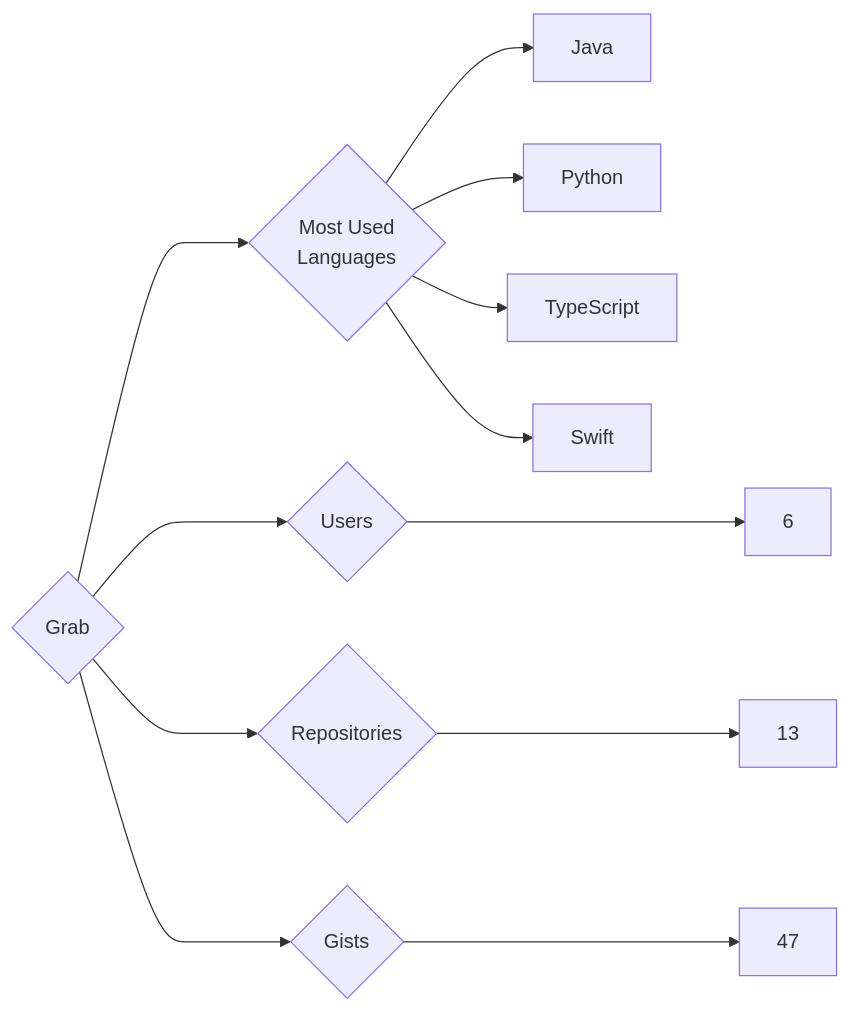
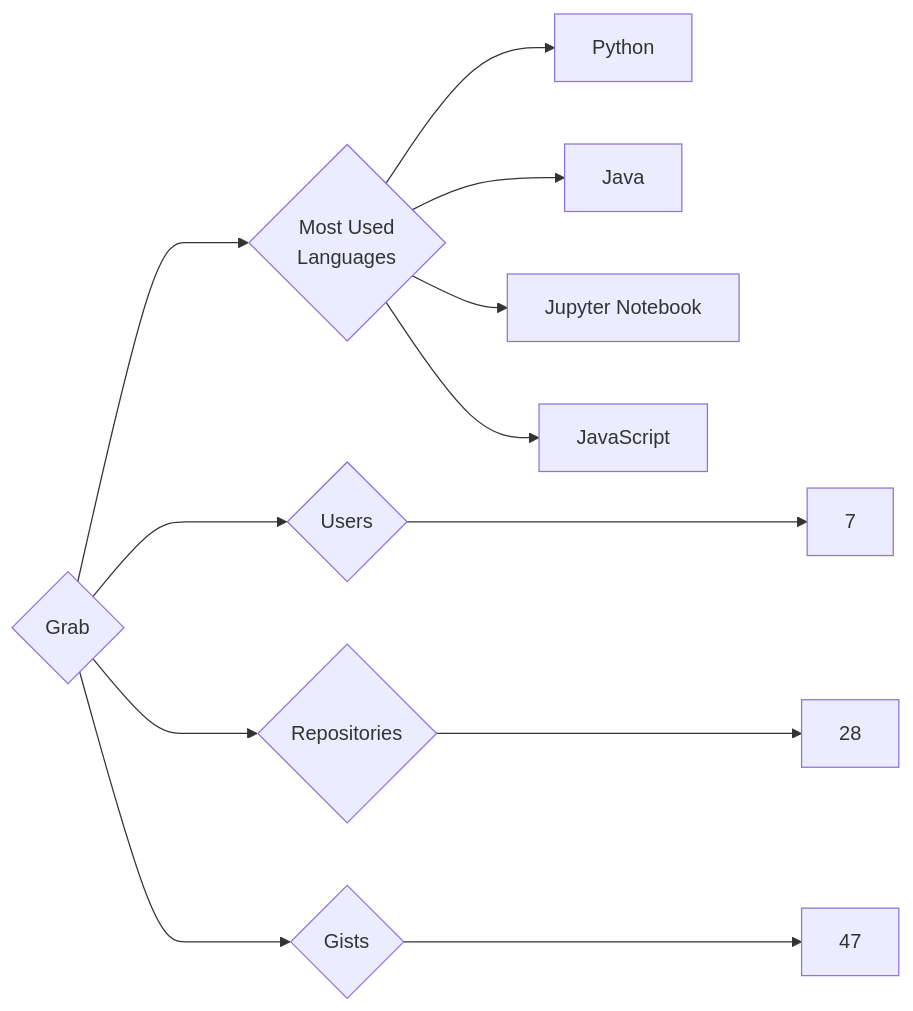
Before and after one commit to trickest/insiders: the diagram in targets/Grab/README.md, drawn with Mermaid. The commit also changed 776 other files, not shown here.

````diff
--- a/targets/Grab/README.md
+++ b/targets/Grab/README.md
@@ -3,12 +3,12 @@
 ```mermaid
 graph LR
 COMPANY_NAME{Grab}
-COMPANY_NAME ---> U{Users} ---> UN[6]
-COMPANY_NAME ---> R{Repositories} ---> RN[13]
+COMPANY_NAME ---> U{Users} ---> UN[7]
+COMPANY_NAME ---> R{Repositories} ---> RN[28]
 COMPANY_NAME ---> G{Gists} ---> GN[47]
 COMPANY_NAME ---> ML{Most Used<br>Languages}
+ML --> Python[Python]
 ML --> Java[Java]
-ML --> Python[Python]
-ML --> TypeScript[TypeScript]
-ML --> Swift[Swift]
+ML --> Jupyter_Notebook[Jupyter Notebook]
+ML --> JavaScript[JavaScript]
 ```
````
